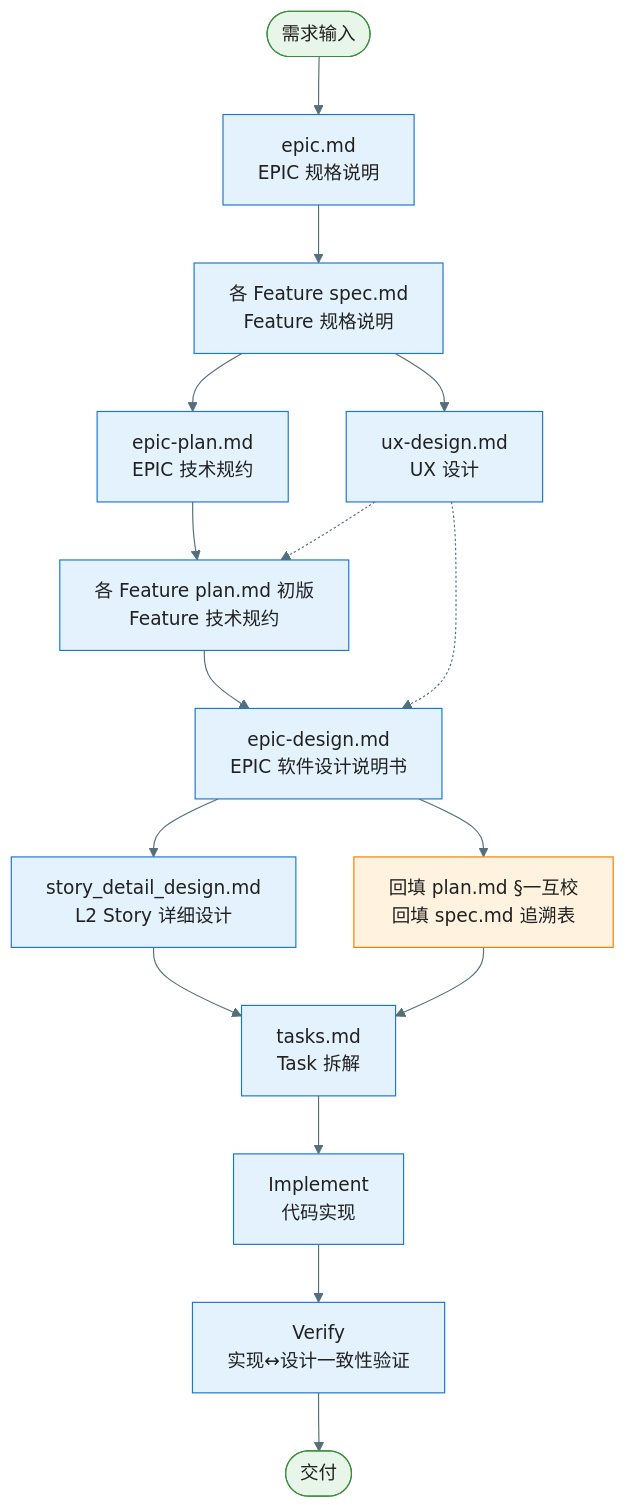
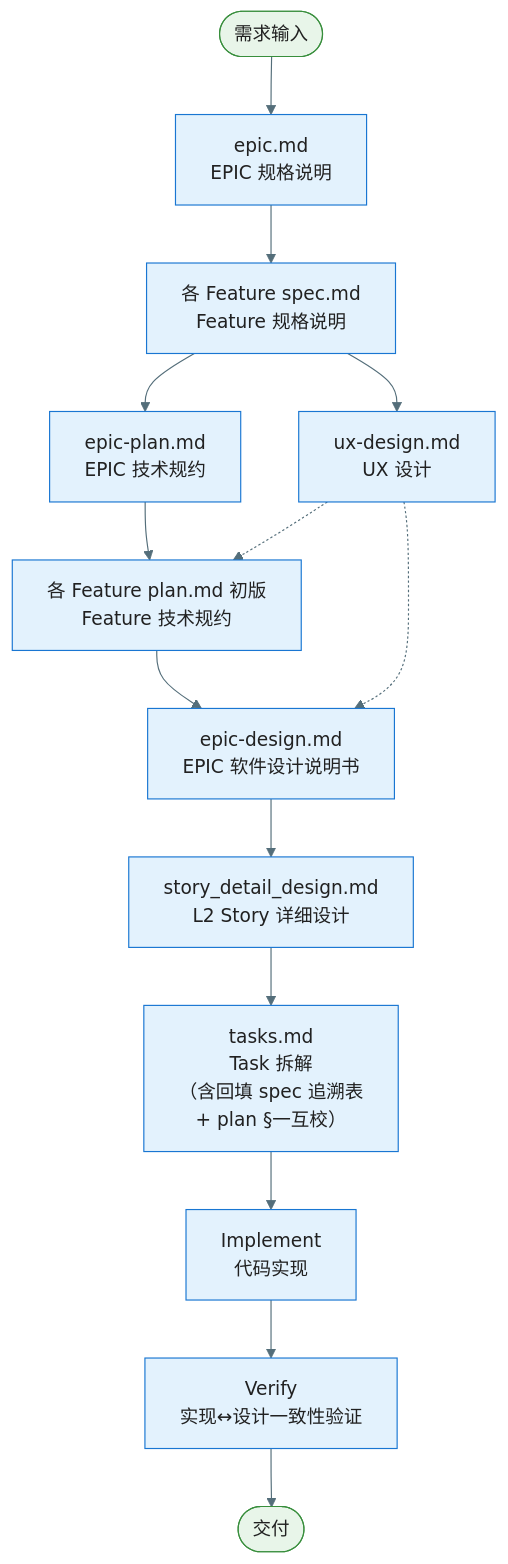
One commit to jackykarma/Verity changed the first of 5 diagrams in .specify/workflow-overview.md. Above: the diagram before and after it, drawn with Mermaid. The commit also changed other lines of this file and 6 other files, not shown here.

First line of the commit message:
📝 docs(specify): 调整 EPIC 设计流程与 Story 拆解规约

````diff
--- a/.specify/workflow-overview.md
+++ b/.specify/workflow-overview.md
@@ -9,31 +9,28 @@
 ```mermaid
 %%{init: {'theme': 'base', 'themeVariables': { 'primaryColor': '#E3F2FD', 'primaryTextColor': '#212121', 'primaryBorderColor': '#1976D2', 'lineColor': '#546E7A'}}}%%
 flowchart TD
     Start([需求输入]) --> EpicMd["epic.md<br/>EPIC 规格说明"]
     EpicMd --> SpecMd["各 Feature spec.md<br/>Feature 规格说明"]
     SpecMd --> EpicPlan["epic-plan.md<br/>EPIC 技术规约"]
     SpecMd --> UxDesign["ux-design.md<br/>UX 设计"]
     EpicPlan --> PlanMd["各 Feature plan.md 初版<br/>Feature 技术规约"]
     UxDesign -.-> PlanMd
     PlanMd --> EpicDesign["epic-design.md<br/>EPIC 软件设计说明书"]
     UxDesign -.-> EpicDesign
     EpicDesign --> StoryDesign["story_detail_design.md<br/>L2 Story 详细设计"]
-    EpicDesign --> Backfill["回填 plan.md §一互校<br/>回填 spec.md 追溯表"]
-    StoryDesign --> TasksMd["tasks.md<br/>Task 拆解"]
-    Backfill --> TasksMd
+    StoryDesign --> TasksMd["tasks.md<br/>Task 拆解<br/>（含回填 spec 追溯表<br/>+ plan §一互校）"]
     TasksMd --> Implement["Implement<br/>代码实现"]
     Implement --> Verify["Verify<br/>实现↔设计一致性验证"]
     Verify --> Done([交付])
 
     style Start fill:#E8F5E9,stroke:#388E3C
     style Done fill:#E8F5E9,stroke:#388E3C
-    style Backfill fill:#FFF3E0,stroke:#F57C00
     style EpicMd fill:#E3F2FD,stroke:#1976D2
     style SpecMd fill:#E3F2FD,stroke:#1976D2
     style EpicPlan fill:#E3F2FD,stroke:#1976D2
     style UxDesign fill:#E3F2FD,stroke:#1976D2
     style PlanMd fill:#E3F2FD,stroke:#1976D2
     style EpicDesign fill:#E3F2FD,stroke:#1976D2
     style StoryDesign fill:#E3F2FD,stroke:#1976D2
     style TasksMd fill:#E3F2FD,stroke:#1976D2
 ```
````
